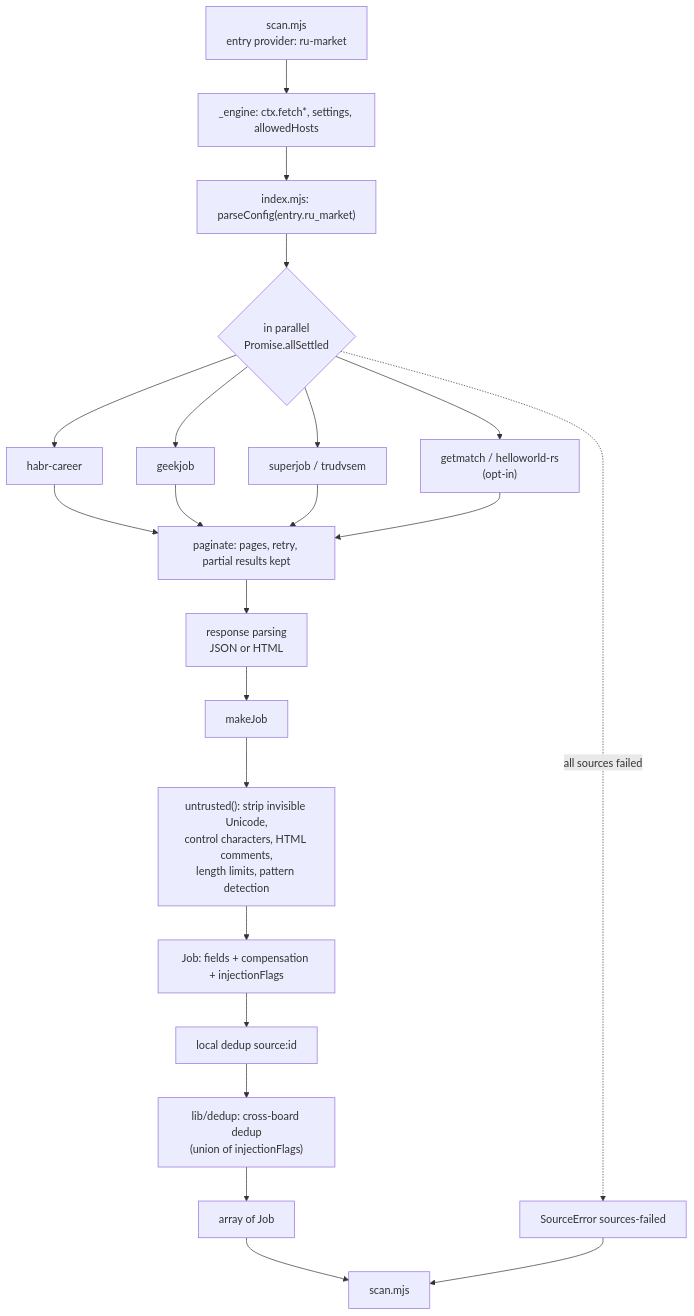
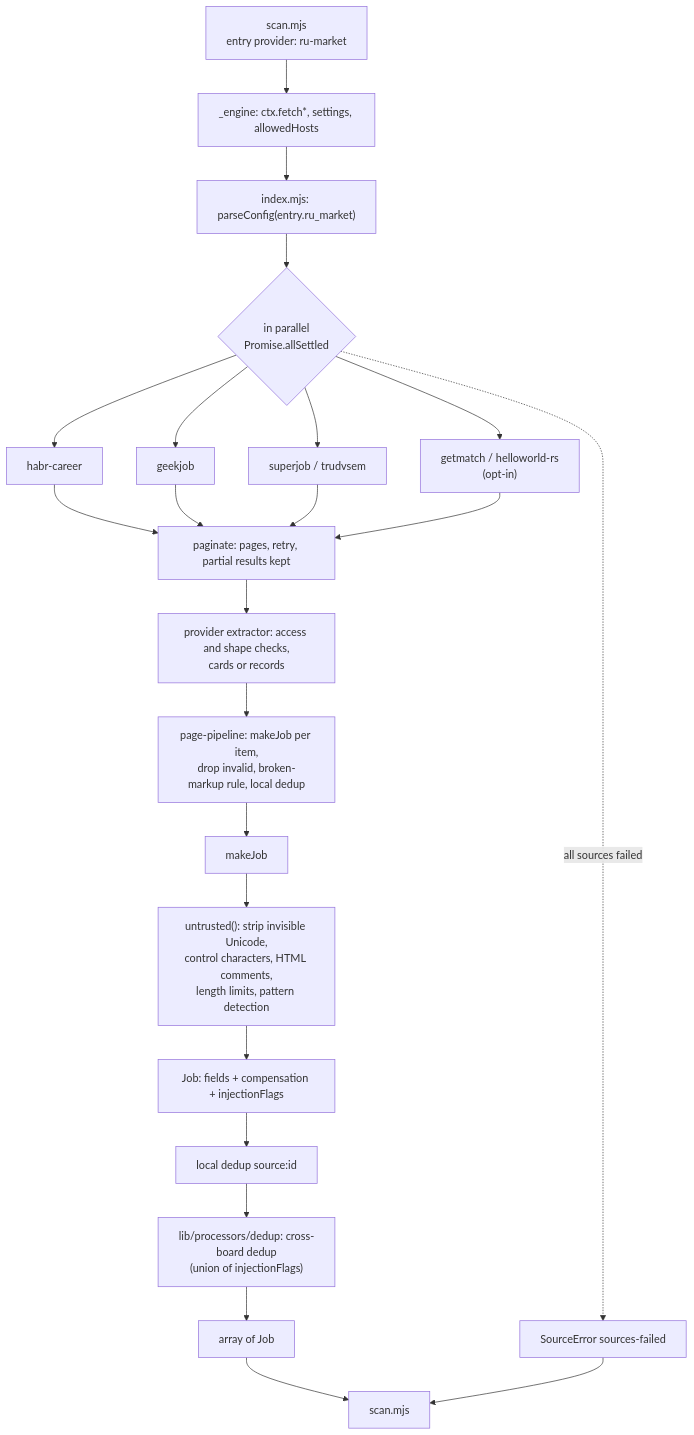
The first of 3 diagrams in docs/architecture/data-flow.md (WindowGenerator/career-ops-plugin-ru-market), drawn with Mermaid before and after one commit. The commit also changed 5 other files, not shown here.

Commit message:
docs: describe new lib layout, add parser refactoring roadmap

````diff
--- a/docs/architecture/data-flow.md
+++ b/docs/architecture/data-flow.md
@@ -13,21 +13,22 @@
 ```mermaid
 flowchart TD
   A["scan.mjs<br/>entry provider: ru-market"] --> B["_engine: ctx.fetch*, settings, allowedHosts"]
   B --> C["index.mjs: parseConfig(entry.ru_market)"]
   C --> D{"in parallel<br/>Promise.allSettled"}
   D --> E1["habr-career"]
   D --> E2["geekjob"]
   D --> E3["superjob / trudvsem"]
   D --> E4["getmatch / helloworld-rs<br/>(opt-in)"]
   E1 & E2 & E3 & E4 --> F["paginate: pages, retry, partial results kept"]
-  F --> G["response parsing<br/>JSON or HTML"]
-  G --> H["makeJob"]
+  F --> G["provider extractor: access and shape checks,<br/>cards or records"]
+  G --> P["page-pipeline: makeJob per item,<br/>drop invalid, broken-markup rule, local dedup"]
+  P --> H["makeJob"]
   H --> U["untrusted(): strip invisible Unicode,<br/>control characters, HTML comments,<br/>length limits, pattern detection"]
   U --> H2["Job: fields + compensation + injectionFlags"]
   H2 --> L["local dedup source:id"]
-  L --> M["lib/dedup: cross-board dedup<br/>(union of injectionFlags)"]
+  L --> M["lib/processors/dedup: cross-board dedup<br/>(union of injectionFlags)"]
   M --> N["array of Job"]
   D -.->|"all sources failed"| X["SourceError sources-failed"]
   N --> S["scan.mjs"]
   X --> S
 ```
````
